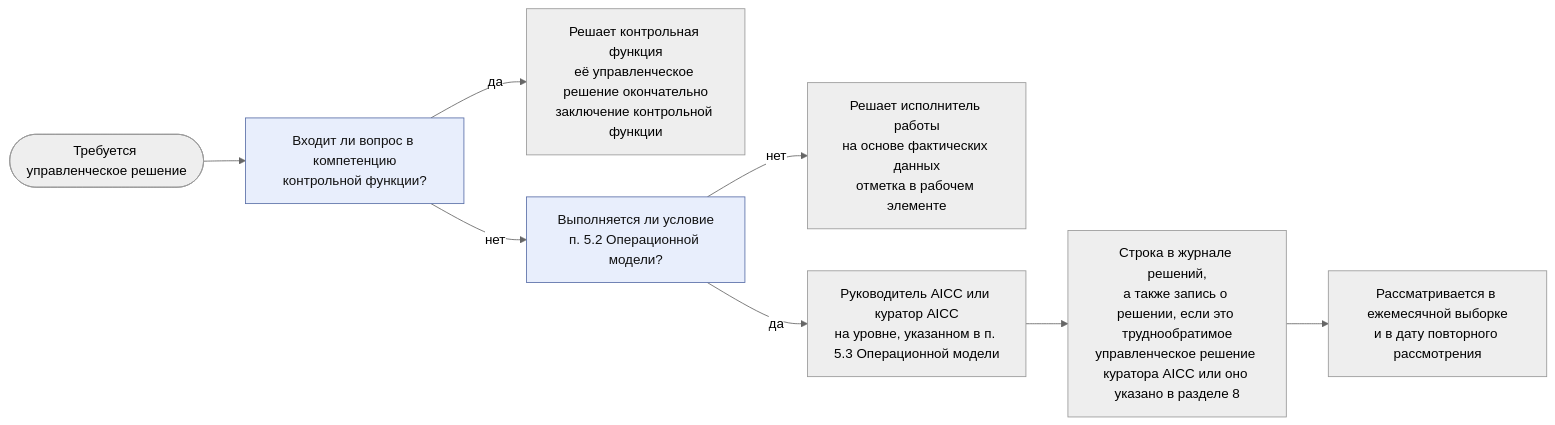
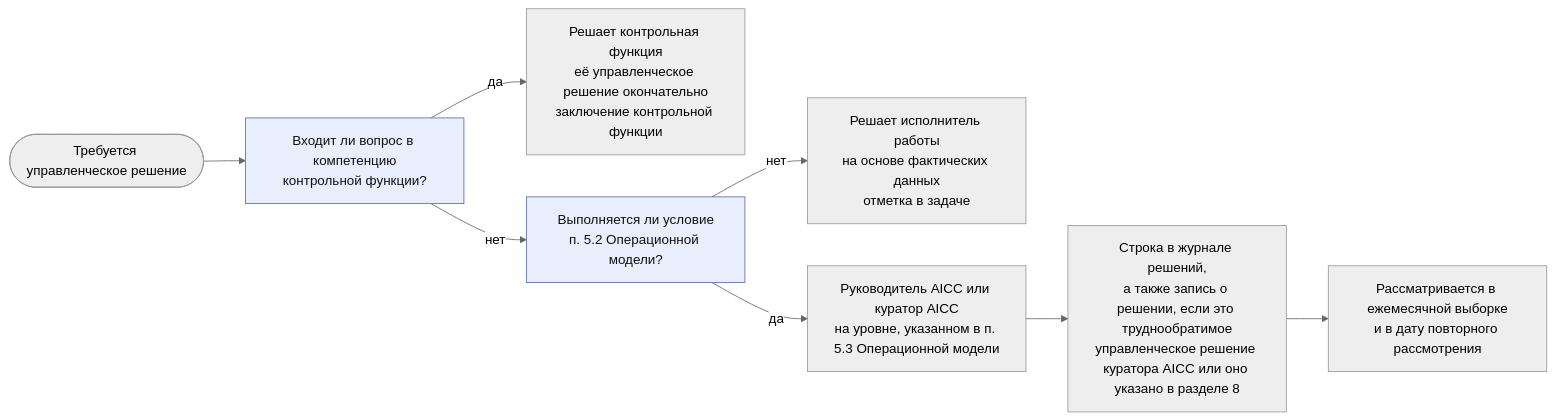
Before and after one commit to devhogu/ob-aicc: the second of 6 diagrams in charter/ru/workflows/unit-governance.md, drawn with Mermaid (neutral theme). The commit also changed other lines of this file and 150 other files, not shown here.

````diff
--- a/charter/ru/workflows/unit-governance.md
+++ b/charter/ru/workflows/unit-governance.md
@@ -50,12 +50,12 @@
 ```mermaid
 flowchart LR
   DEC(["Требуется управленческое решение"]) --> Q1["Входит ли вопрос в компетенцию<br/>контрольной функции?"]
   Q1 -->|"да"| CFD["Решает контрольная функция<br/>её управленческое решение окончательно<br/>заключение контрольной функции"]
   Q1 -->|"нет"| Q2["Выполняется ли условие<br/>п. 5.2 Операционной модели?"]
-  Q2 -->|"нет"| TMD["Решает исполнитель работы<br/>на основе фактических данных<br/>отметка в рабочем элементе"]
+  Q2 -->|"нет"| TMD["Решает исполнитель работы<br/>на основе фактических данных<br/>отметка в задаче"]
   Q2 -->|"да"| LV["Руководитель AICC или куратор AICC<br/>на уровне, указанном в п. 5.3 Операционной модели"]
   LV --> LOG["Строка в журнале решений,<br/>а также запись о решении, если это труднообратимое<br/>управленческое решение куратора AICC или оно указано в разделе 8"]
   LOG --> REV["Рассматривается в ежемесячной выборке<br/>и в дату повторного рассмотрения"]
   classDef gate fill:#e8eefc,stroke:#5a6fa8,color:#111
   class Q1,Q2 gate
 ```
````
